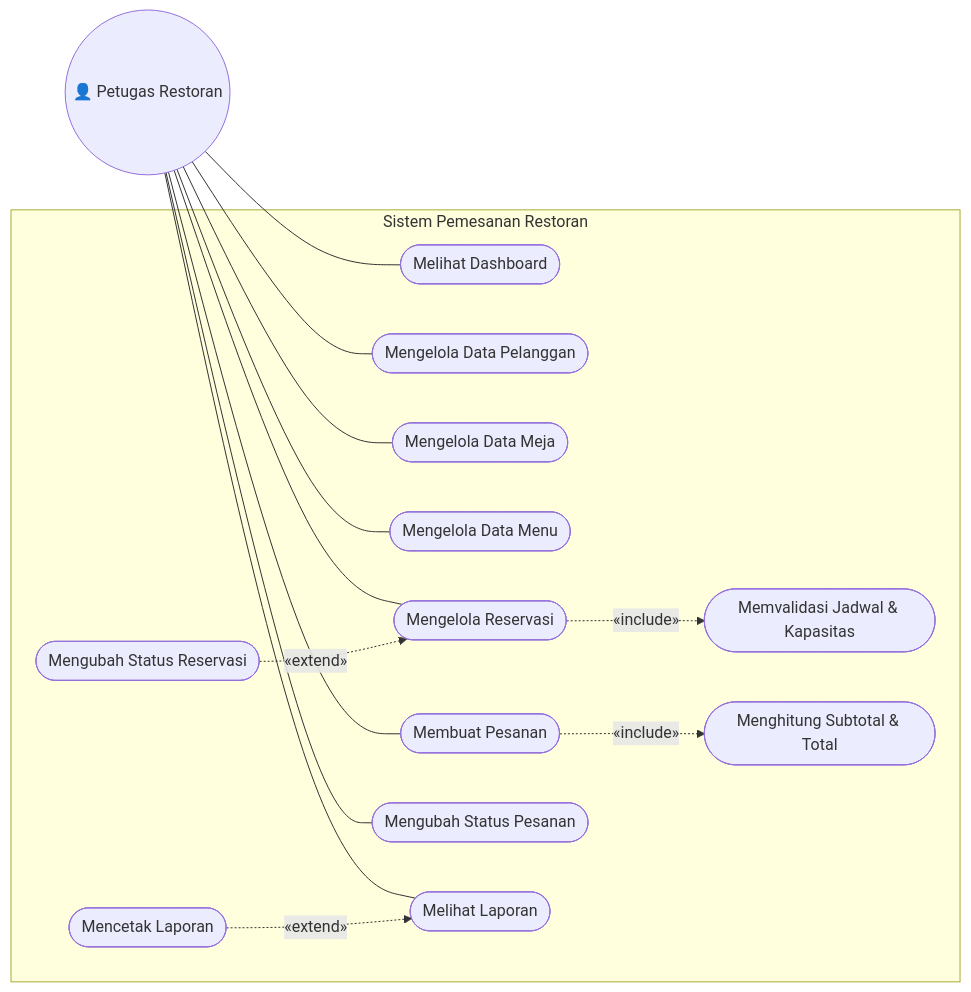
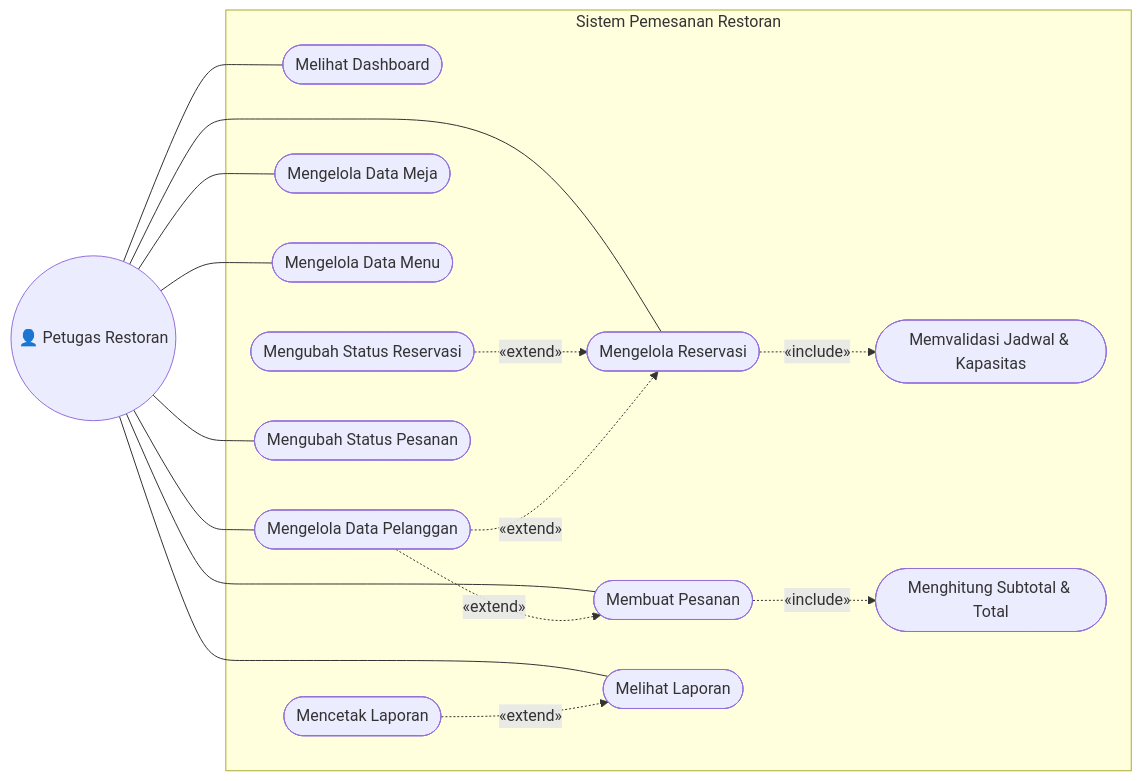
Before and after one commit to Fuentes771/LSP-Programming: the first of 8 diagrams in docs/PANDUAN-PEMBUATAN-DOCX.md, drawn with Mermaid. The commit also changed other lines of this file and 10 other files, not shown here.

````diff
--- a/docs/PANDUAN-PEMBUATAN-DOCX.md
+++ b/docs/PANDUAN-PEMBUATAN-DOCX.md
@@ -586,23 +594,25 @@
 ```mermaid
 flowchart LR
     A(("👤 Petugas Restoran"))
     subgraph S["Sistem Pemesanan Restoran"]
         UC01([Melihat Dashboard])
         UC02([Mengelola Data Pelanggan])
         UC03([Mengelola Data Meja])
         UC04([Mengelola Data Menu])
         UC05([Mengelola Reservasi])
         UC06([Memvalidasi Jadwal & Kapasitas])
         UC07([Mengubah Status Reservasi])
         UC08([Membuat Pesanan])
         UC09([Menghitung Subtotal & Total])
         UC10([Mengubah Status Pesanan])
         UC11([Melihat Laporan])
         UC12([Mencetak Laporan])
     end
     A --- UC01 & UC02 & UC03 & UC04 & UC05 & UC08 & UC10 & UC11
     UC05 -. «include» .-> UC06
     UC07 -. «extend» .-> UC05
     UC08 -. «include» .-> UC09
+    UC02 -. «extend» .-> UC05
+    UC02 -. «extend» .-> UC08
     UC12 -. «extend» .-> UC11
 ```
````
